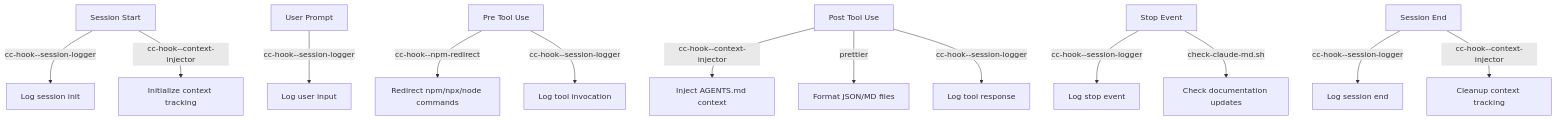
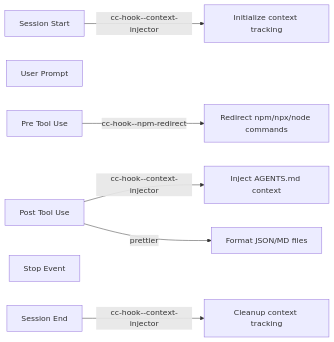
Before and after one commit to codethread/PersonalConfigs: the first of 3 diagrams in claude/README.md, drawn with Mermaid. The commit also changed other lines of this file and 11 other files, not shown here.

````diff
--- a/claude/README.md
+++ b/claude/README.md
@@ -16,20 +23,10 @@
 ```mermaid
-graph TD
-    Start[Session Start] -->|cc-hook--session-logger| Log1[Log session init]
-    Start -->|cc-hook--context-injector| Init[Initialize context tracking]
-
-    UserPrompt[User Prompt] -->|cc-hook--session-logger| Log2[Log user input]
-
+graph LR
+    Start[Session Start] -->|cc-hook--context-injector| Init[Initialize context tracking]
+    UserPrompt[User Prompt]
     PreTool[Pre Tool Use] -->|cc-hook--npm-redirect| NPM[Redirect npm/npx/node commands]
-    PreTool -->|cc-hook--session-logger| Log3[Log tool invocation]
-
     PostTool[Post Tool Use] -->|cc-hook--context-injector| Context[Inject AGENTS.md context]
     PostTool -->|prettier| Format[Format JSON/MD files]
-    PostTool -->|cc-hook--session-logger| Log4[Log tool response]
-
-    Stop[Stop Event] -->|cc-hook--session-logger| Log5[Log stop event]
-    Stop -->|check-claude-md.sh| Check[Check documentation updates]
-
-    End[Session End] -->|cc-hook--session-logger| Log6[Log session end]
-    End -->|cc-hook--context-injector| Cleanup[Cleanup context tracking]
+    Stop[Stop Event]
+    End[Session End] -->|cc-hook--context-injector| Cleanup[Cleanup context tracking]
 ```
````
